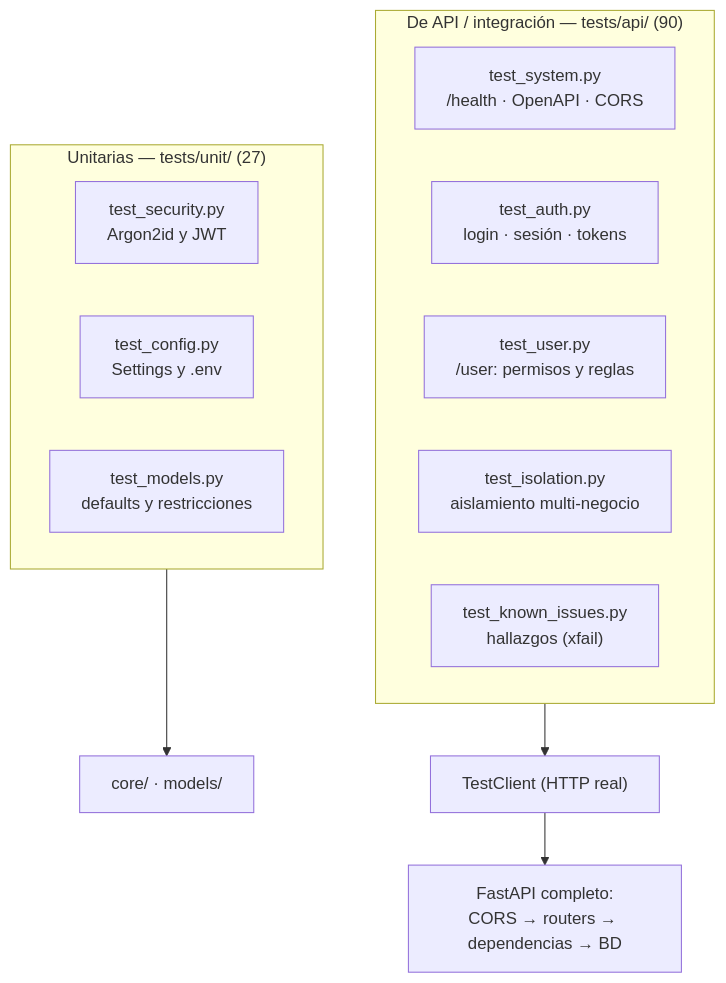
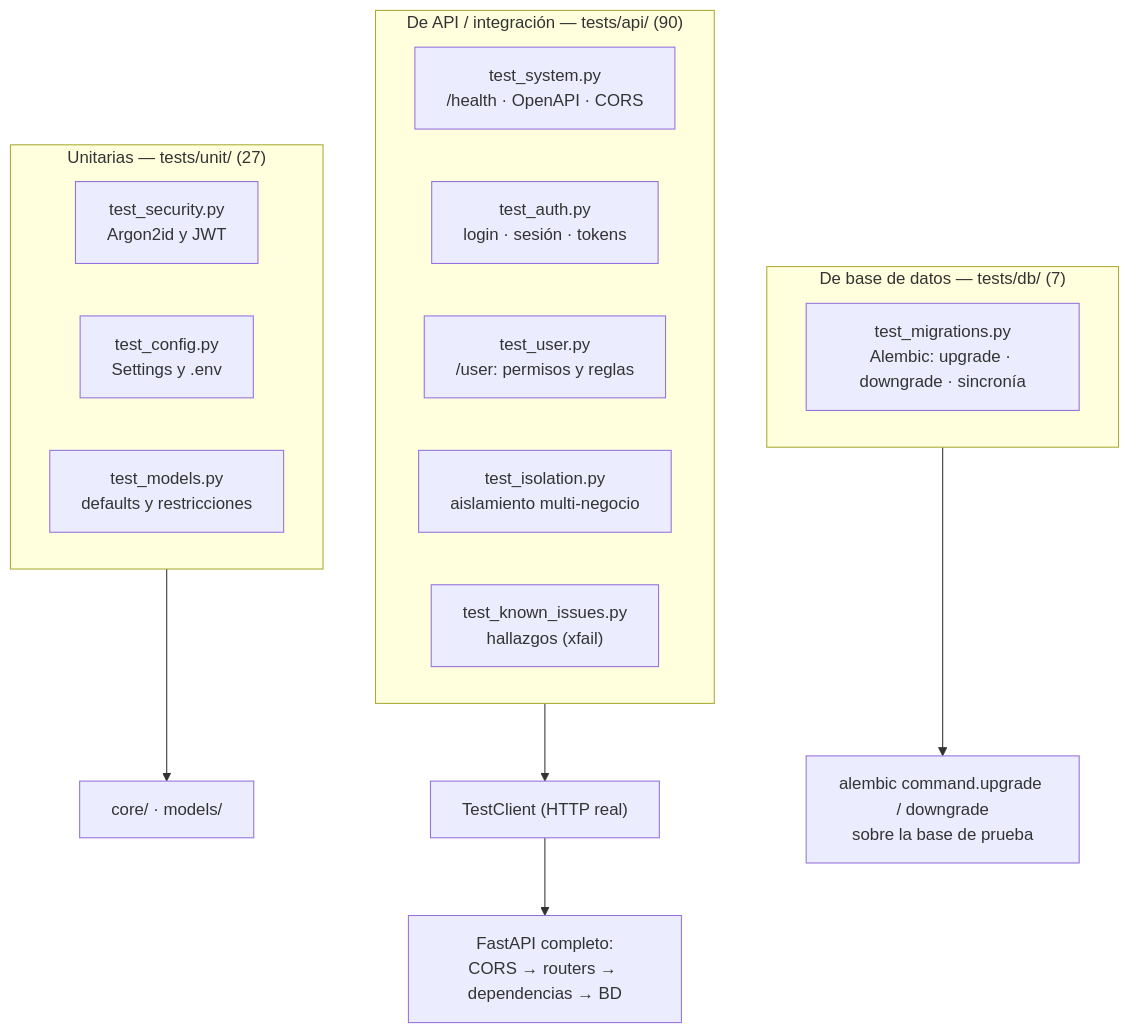
The second of 8 diagrams in docs/TESTING.md (AGA-Studio/Member-Web), drawn with Mermaid before and after one commit. The commit also changed other lines of this file, not shown here.

````diff
--- a/docs/TESTING.md
+++ b/docs/TESTING.md
@@ -91,19 +93,24 @@
 ```mermaid
 flowchart TB
     subgraph UNIT["Unitarias — tests/unit/ (27)"]
         U1["test_security.py<br/>Argon2id y JWT"]
         U2["test_config.py<br/>Settings y .env"]
         U3["test_models.py<br/>defaults y restricciones"]
     end
 
     subgraph API["De API / integración — tests/api/ (90)"]
         A1["test_system.py<br/>/health · OpenAPI · CORS"]
         A2["test_auth.py<br/>login · sesión · tokens"]
         A3["test_user.py<br/>/user: permisos y reglas"]
         A4["test_isolation.py<br/>aislamiento multi-negocio"]
         A5["test_known_issues.py<br/>hallazgos (xfail)"]
     end
 
+    subgraph DBT["De base de datos — tests/db/ (7)"]
+        D1["test_migrations.py<br/>Alembic: upgrade · downgrade · sincronía"]
+    end
+
     UNIT --> CODE["core/ · models/"]
     API --> HTTP["TestClient (HTTP real)"] --> APP["FastAPI completo:<br/>CORS → routers → dependencias → BD"]
+    DBT --> ALE["alembic command.upgrade / downgrade<br/>sobre la base de prueba"]
 ```
````
